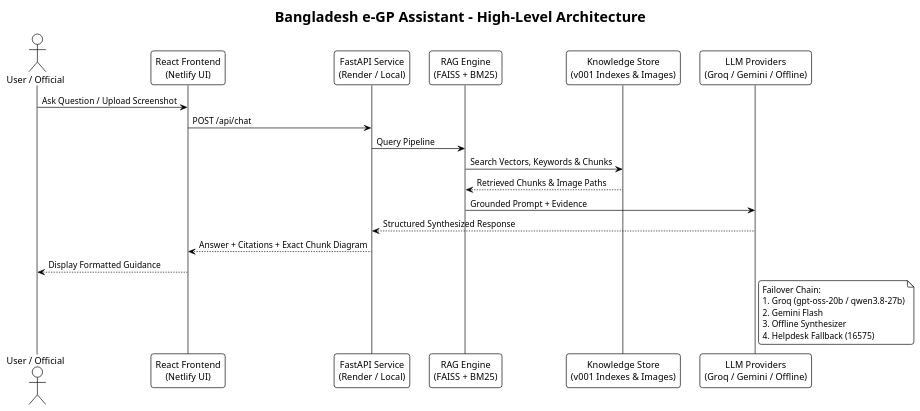
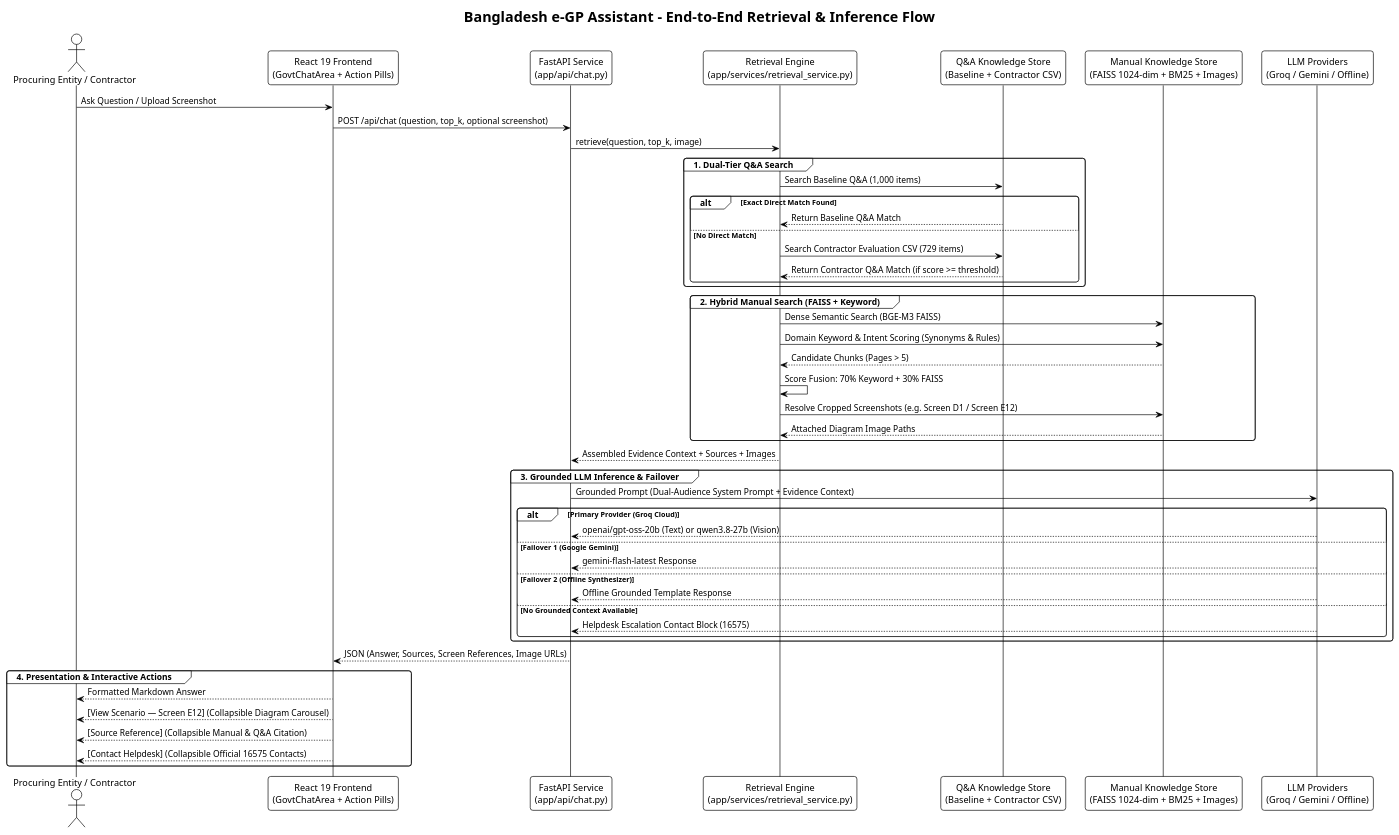
Before and after one commit to Syeed7682/E-GP-Chatbot: the diagram in documents/SIMPLE_ARCHITECTURE.puml, drawn with PlantUML. The commit also changed 64 other files, not shown here.

```diff
--- a/documents/SIMPLE_ARCHITECTURE.puml
+++ b/documents/SIMPLE_ARCHITECTURE.puml
@@ -1,35 +1,66 @@
 @startuml SIMPLE_ARCHITECTURE
 !theme plain
 skinparam backgroundColor #FFFFFF
 skinparam defaultFontName Arial
 skinparam roundCorner 8
 skinparam shadowing false
 
-title Bangladesh e-GP Assistant - High-Level Architecture
+title Bangladesh e-GP Assistant - End-to-End Retrieval & Inference Flow
 
-actor "User / Official" as User
-participant "React Frontend\n(Netlify UI)" as UI
-participant "FastAPI Service\n(Render / Local)" as API
-participant "RAG Engine\n(FAISS + BM25)" as RAG
-participant "Knowledge Store\n(v001 Indexes & Images)" as Data
+actor "Procuring Entity / Contractor" as User
+participant "React 19 Frontend\n(GovtChatArea + Action Pills)" as UI
+participant "FastAPI Service\n(app/api/chat.py)" as API
+participant "Retrieval Engine\n(app/services/retrieval_service.py)" as RAG
+participant "Q&A Knowledge Store\n(Baseline + Contractor CSV)" as QAStore
+participant "Manual Knowledge Store\n(FAISS 1024-dim + BM25 + Images)" as ManualStore
 participant "LLM Providers\n(Groq / Gemini / Offline)" as LLM
 
 User -> UI: Ask Question / Upload Screenshot
-UI -> API: POST /api/chat
-API -> RAG: Query Pipeline
-RAG -> Data: Search Vectors, Keywords & Chunks
-Data --> RAG: Retrieved Chunks & Image Paths
-RAG -> LLM: Grounded Prompt + Evidence
-LLM --> API: Structured Synthesized Response
-API --> UI: Answer + Citations + Exact Chunk Diagram
-UI --> User: Display Formatted Guidance
+UI -> API: POST /api/chat (question, top_k, optional screenshot)
 
-note right of LLM
-  Failover Chain:
-  1. Groq (gpt-oss-20b / qwen3.8-27b)
-  2. Gemini Flash
-  3. Offline Synthesizer
-  4. Helpdesk Fallback (16575)
-end note
+API -> RAG: retrieve(question, top_k, image)
+
+group 1. Dual-Tier Q&A Search
+    RAG -> QAStore: Search Baseline Q&A (1,000 items)
+    alt Exact Direct Match Found
+        QAStore --> RAG: Return Baseline Q&A Match
+    else No Direct Match
+        RAG -> QAStore: Search Contractor Evaluation CSV (729 items)
+        QAStore --> RAG: Return Contractor Q&A Match (if score >= threshold)
+    end
+end
+
+group 2. Hybrid Manual Search (FAISS + Keyword)
+    RAG -> ManualStore: Dense Semantic Search (BGE-M3 FAISS)
+    RAG -> ManualStore: Domain Keyword & Intent Scoring (Synonyms & Rules)
+    ManualStore --> RAG: Candidate Chunks (Pages > 5)
+    RAG -> RAG: Score Fusion: 70% Keyword + 30% FAISS
+    RAG -> ManualStore: Resolve Cropped Screenshots (e.g. Screen D1 / Screen E12)
+    ManualStore --> RAG: Attached Diagram Image Paths
+end
+
+RAG --> API: Assembled Evidence Context + Sources + Images
+
+group 3. Grounded LLM Inference & Failover
+    API -> LLM: Grounded Prompt (Dual-Audience System Prompt + Evidence Context)
+    alt Primary Provider (Groq Cloud)
+        LLM --> API: openai/gpt-oss-20b (Text) or qwen3.8-27b (Vision)
+    else Failover 1 (Google Gemini)
+        LLM --> API: gemini-flash-latest Response
+    else Failover 2 (Offline Synthesizer)
+        LLM --> API: Offline Grounded Template Response
+    else No Grounded Context Available
+        LLM --> API: Helpdesk Escalation Contact Block (16575)
+    end
+end
+
+API --> UI: JSON (Answer, Sources, Screen References, Image URLs)
+
+group 4. Presentation & Interactive Actions
+    UI --> User: Formatted Markdown Answer
+    UI --> User: [View Scenario — Screen E12] (Collapsible Diagram Carousel)
+    UI --> User: [Source Reference] (Collapsible Manual & Q&A Citation)
+    UI --> User: [Contact Helpdesk] (Collapsible Official 16575 Contacts)
+end
 
 @enduml
```
